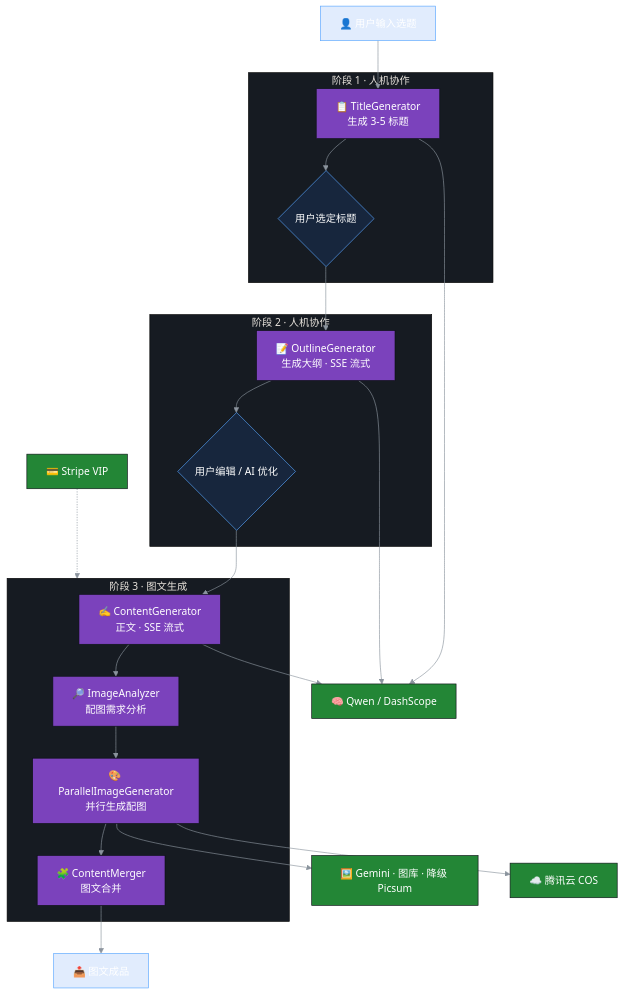
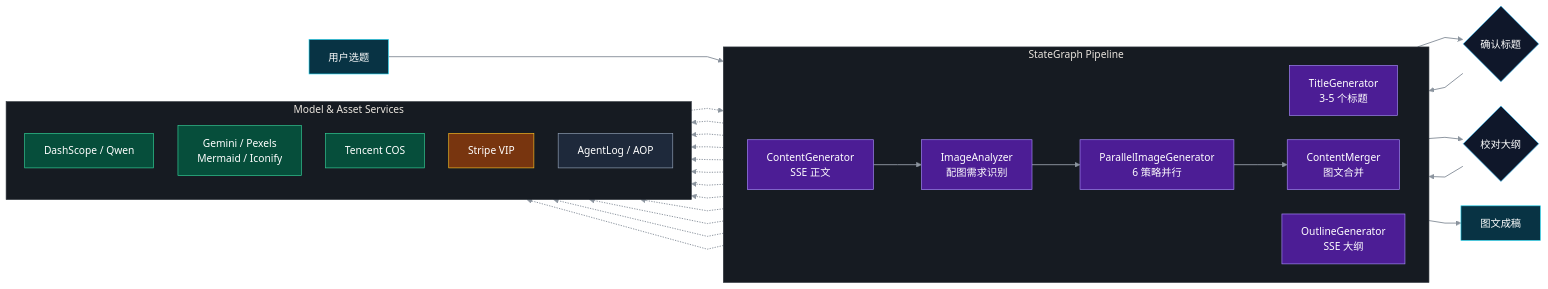
Before and after one commit to 1byteone/1byteone: the second of 4 diagrams in README.md, drawn with Mermaid. The commit also changed other lines of this file, not shown here.

Commit message:
style: refine mermaid architecture diagrams

````diff
--- a/README.md
+++ b/README.md
@@ -254,48 +268,55 @@
 ```mermaid
-%%{init: {'theme':'base','themeVariables': {'background':'#0d1117','primaryColor':'#1f6feb22','primaryTextColor':'#ffffff','primaryBorderColor':'#58a6ff','lineColor':'#8b949e','tertiaryColor':'#161b22','fontFamily':'ui-monospace, SFMono-Regular, Menlo, Monaco, Consolas, monospace'}}}%%
-flowchart TB
-    U["👤 用户输入选题"]
+%%{init: {"theme":"base","flowchart":{"curve":"linear","nodeSpacing":38,"rankSpacing":50},"themeVariables":{"background":"#0d1117","primaryTextColor":"#e6edf3","lineColor":"#8b949e","tertiaryColor":"#161b22","clusterBkg":"#161b22","clusterBorder":"#30363d","edgeLabelBackground":"#0d1117","fontFamily":"ui-monospace, SFMono-Regular, Menlo, Monaco, Consolas, monospace"}}}%%
+flowchart LR
+    U["用户选题"]
+    PICK{"确认标题"}
+    EDIT{"校对大纲"}
+    OUT["图文成稿"]
 
-    subgraph P1["阶段 1 · 人机协作"]
-        A1["📋 TitleGenerator<br/>生成 3-5 标题"]
-        H1{"用户选定标题"}
-    end
-    subgraph P2["阶段 2 · 人机协作"]
-        A2["📝 OutlineGenerator<br/>生成大纲 · SSE 流式"]
-        H2{"用户编辑 / AI 优化"}
-    end
-    subgraph P3["阶段 3 · 图文生成"]
-        A3["✍️ ContentGenerator<br/>正文 · SSE 流式"]
-        A4["🔎 ImageAnalyzer<br/>配图需求分析"]
-        A5["🎨 ParallelImageGenerator<br/>并行生成配图"]
-        A6["🧩 ContentMerger<br/>图文合并"]
+    subgraph MAIN["StateGraph Pipeline"]
+        direction LR
+        TITLE["TitleGenerator<br/>3-5 个标题"]
+        OUTLINE["OutlineGenerator<br/>SSE 大纲"]
+        CONTENT["ContentGenerator<br/>SSE 正文"]
+        ANALYZE["ImageAnalyzer<br/>配图需求识别"]
+        PARALLEL["ParallelImageGenerator<br/>6 策略并行"]
+        MERGE["ContentMerger<br/>图文合并"]
     end
 
-    LLM["🧠 Qwen / DashScope"]
-    IMG["🖼️ Gemini · 图库 · 降级 Picsum"]
-    COS["☁️ 腾讯云 COS"]
-    PAY["💳 Stripe VIP"]
-    OUT["📤 图文成品"]
+    subgraph CAP["Model & Asset Services"]
+        direction TB
+        LLM["DashScope / Qwen"]
+        IMAGE["Gemini / Pexels<br/>Mermaid / Iconify"]
+        COS["Tencent COS"]
+        STRIPE["Stripe VIP"]
+        LOG["AgentLog / AOP"]
+    end
 
-    U --> A1
-    A1 --> H1
-    H1 --> A2
-    A2 --> H2
-    H2 --> A3
-    A3 --> A4
-    A4 --> A5
-    A5 --> A6
-    A6 --> OUT
+    U --> TITLE --> PICK --> OUTLINE --> EDIT --> CONTENT --> ANALYZE --> PARALLEL --> MERGE --> OUT
+    TITLE -.-> LLM
+    OUTLINE -.-> LLM
+    CONTENT -.-> LLM
+    ANALYZE -.-> LLM
+    PARALLEL -.-> IMAGE
+    PARALLEL -.-> COS
+    TITLE -.-> LOG
+    OUTLINE -.-> LOG
+    CONTENT -.-> LOG
+    PARALLEL -.-> LOG
+    MERGE -.-> LOG
+    STRIPE -.-> PARALLEL
 
-    A1 --> LLM
-    A2 --> LLM
-    A3 --> LLM
-    A5 --> IMG
-    A5 --> COS
-    PAY -.-> P3
-
-    classDef agent fill:#7B42BC,stroke:#0d1117,color:#fff
-    classDef ext fill:#238636,stroke:#0d1117,color:#fff
-    class A1,A2,A3,A4,A5,A6 agent
-    class LLM,IMG,COS,PAY ext
+    classDef entry fill:#083344,stroke:#22d3ee,color:#ffffff
+    classDef decision fill:#0f172a,stroke:#38bdf8,color:#ffffff
+    classDef agent fill:#4c1d95,stroke:#a78bfa,color:#ffffff
+    classDef service fill:#064e3b,stroke:#34d399,color:#ffffff
+    classDef biz fill:#78350f,stroke:#fbbf24,color:#ffffff
+    classDef support fill:#1e293b,stroke:#94a3b8,color:#ffffff
+    class U,OUT entry
+    class PICK,EDIT decision
+    class TITLE,OUTLINE,CONTENT,ANALYZE,PARALLEL,MERGE agent
+    class LLM,IMAGE,COS service
+    class STRIPE biz
+    class LOG support
+    linkStyle default stroke:#8b949e,stroke-width:1.5px
 ```
````
